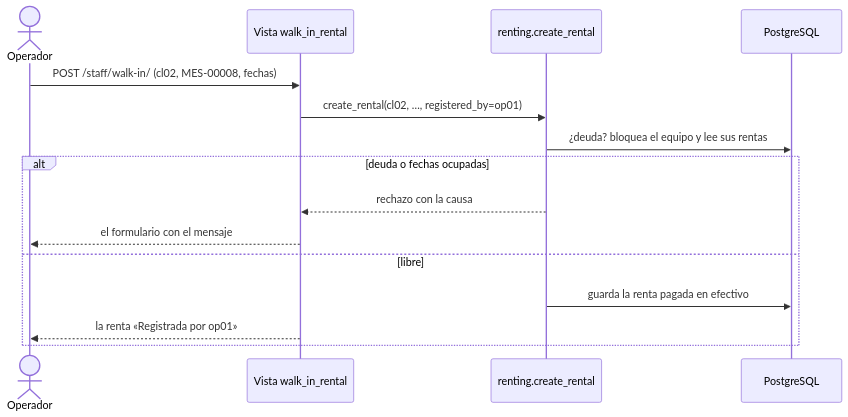
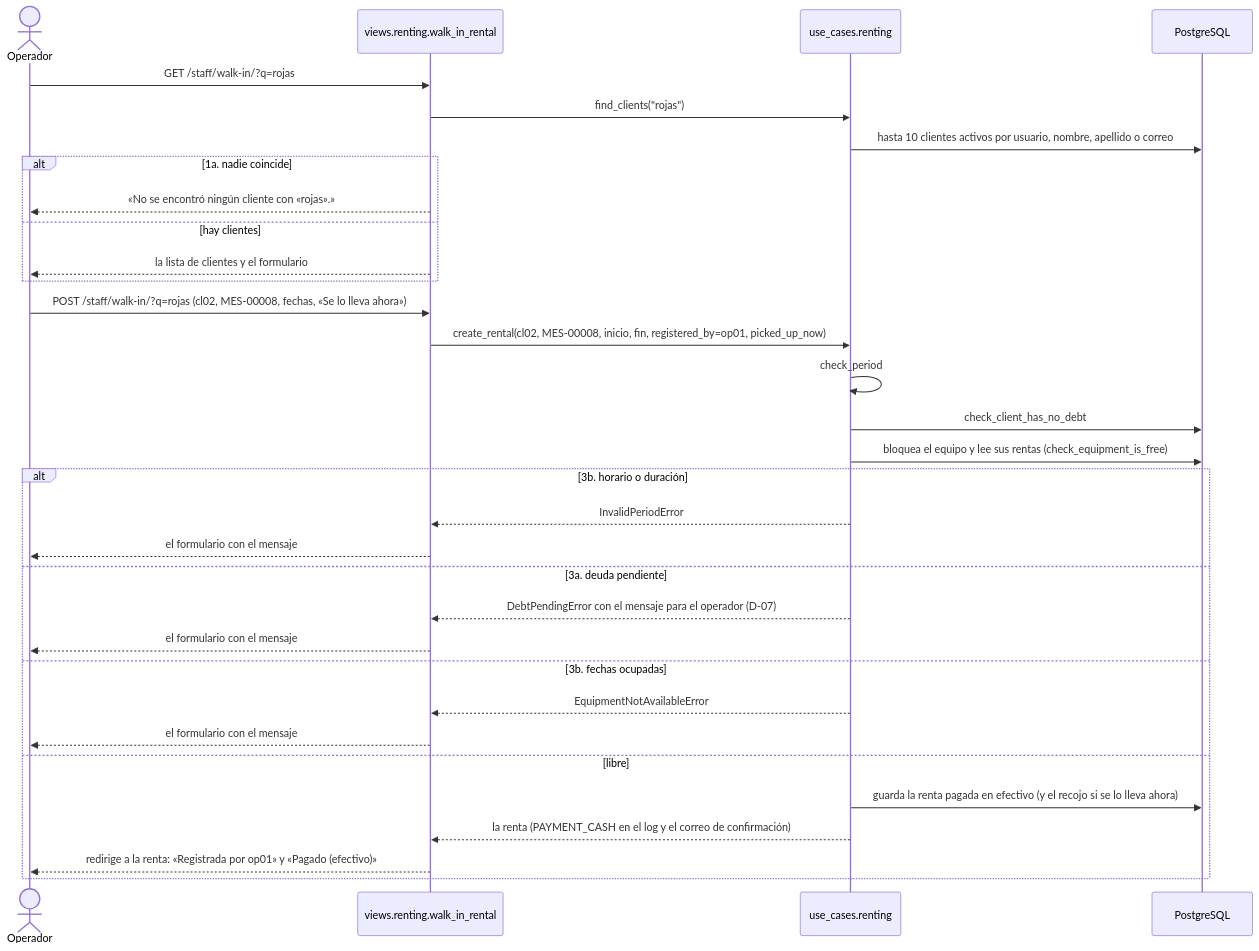
Before and after one commit to peterteranb/astra-rent-system: the sixth of 17 diagrams in docs/casos-de-uso.md, drawn with Mermaid. The commit also changed other lines of this file and 12 other files, not shown here.

Commit message:
docs: final docs index, decisions and checked sequence diagrams

````diff
--- a/docs/casos-de-uso.md
+++ b/docs/casos-de-uso.md
@@ -279,17 +321,34 @@
 ```mermaid
 sequenceDiagram
     actor O as Operador
-    participant V as Vista walk_in_rental
-    participant U as renting.create_rental
+    participant V as views.renting.walk_in_rental
+    participant U as use_cases.renting
     participant BD as PostgreSQL
-    O->>V: POST /staff/walk-in/ (cl02, MES-00008, fechas)
-    V->>U: create_rental(cl02, …, registered_by=op01)
-    U->>BD: ¿deuda? bloquea el equipo y lee sus rentas
-    alt deuda o fechas ocupadas
-        U-->>V: rechazo con la causa
+    O->>V: GET /staff/walk-in/?q=rojas
+    V->>U: find_clients("rojas")
+    U->>BD: hasta 10 clientes activos por usuario, nombre, apellido o correo
+    alt 1a. nadie coincide
+        V-->>O: «No se encontró ningún cliente con «rojas».»
+    else hay clientes
+        V-->>O: la lista de clientes y el formulario
+    end
+    O->>V: POST /staff/walk-in/?q=rojas (cl02, MES-00008, fechas, «Se lo lleva ahora»)
+    V->>U: create_rental(cl02, MES-00008, inicio, fin, registered_by=op01, picked_up_now)
+    U->>U: check_period
+    U->>BD: check_client_has_no_debt
+    U->>BD: bloquea el equipo y lee sus rentas (check_equipment_is_free)
+    alt 3b. horario o duración
+        U-->>V: InvalidPeriodError
+        V-->>O: el formulario con el mensaje
+    else 3a. deuda pendiente
+        U-->>V: DebtPendingError con el mensaje para el operador (D-07)
+        V-->>O: el formulario con el mensaje
+    else 3b. fechas ocupadas
+        U-->>V: EquipmentNotAvailableError
         V-->>O: el formulario con el mensaje
     else libre
-        U->>BD: guarda la renta pagada en efectivo
-        V-->>O: la renta «Registrada por op01»
+        U->>BD: guarda la renta pagada en efectivo (y el recojo si se lo lleva ahora)
+        U-->>V: la renta (PAYMENT_CASH en el log y el correo de confirmación)
+        V-->>O: redirige a la renta: «Registrada por op01» y «Pagado (efectivo)»
     end
 ```
````
